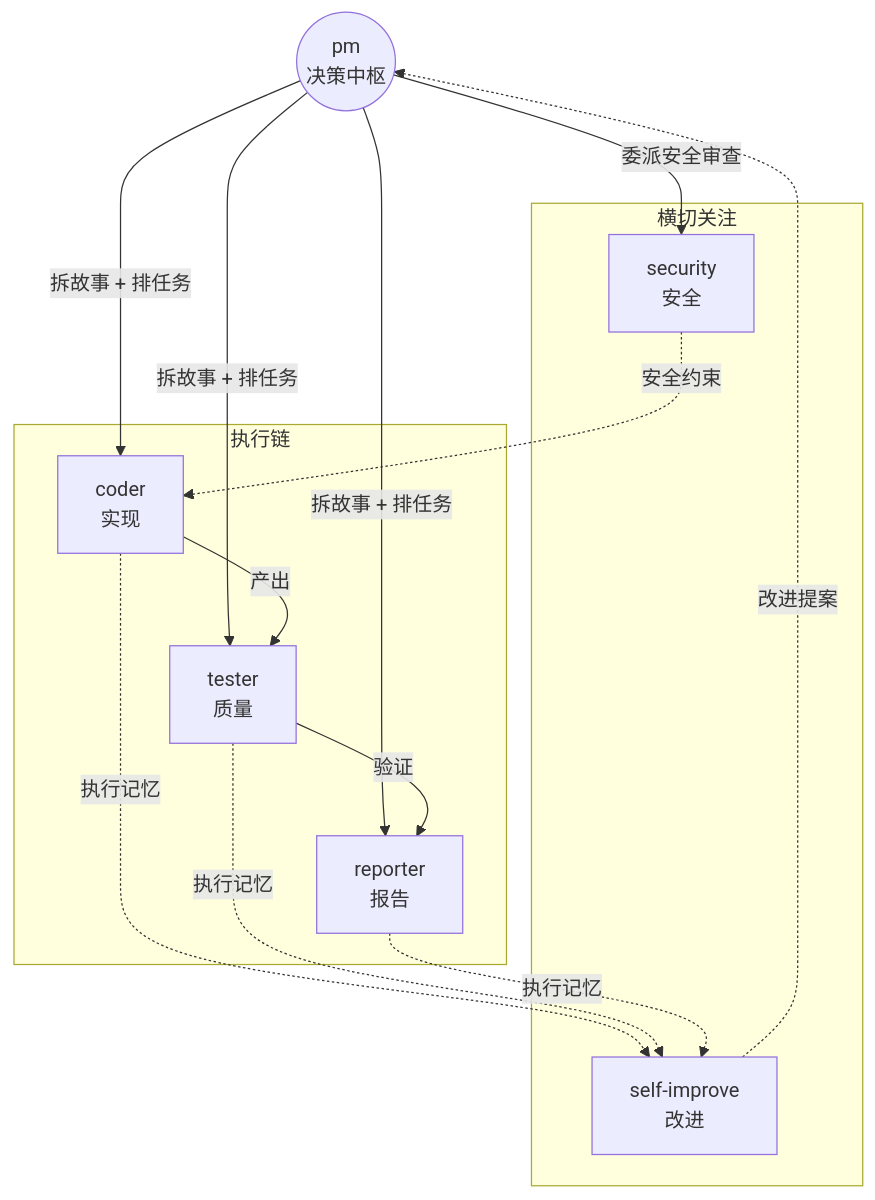
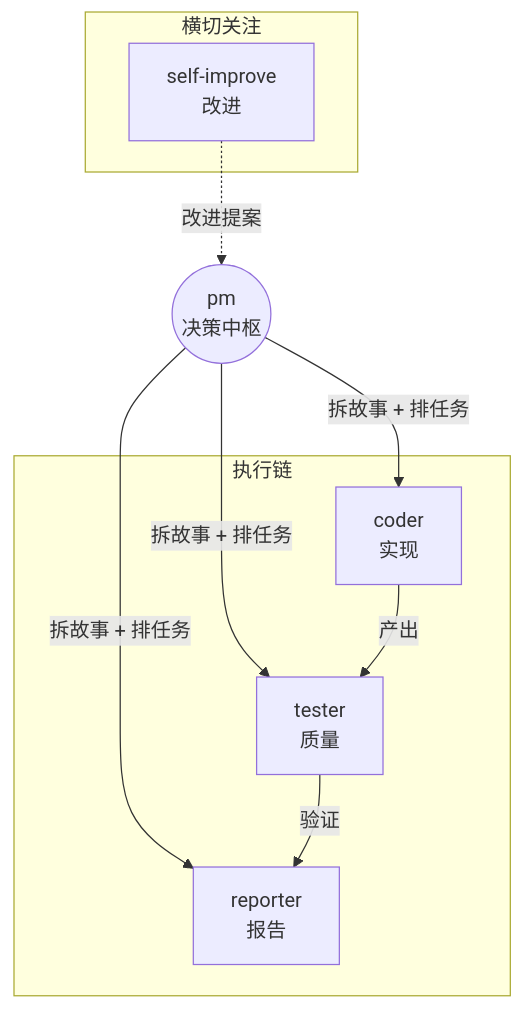
The first of 7 diagrams in agents/AGENT.md (effiy/YrY), drawn with Mermaid before and after one commit. The commit also changed other lines of this file and 91 other files, not shown here.

````diff
--- a/agents/AGENT.md
+++ b/agents/AGENT.md
@@ -11,24 +11,20 @@
 ```mermaid
 flowchart TB
     pm(("pm<br/>决策中枢")):::core
 
     subgraph 执行链["执行链"]
         coder[coder<br/>实现]:::exec
         tester[tester<br/>质量]:::exec
         reporter[reporter<br/>报告]:::exec
     end
 
     subgraph 横切["横切关注"]
-        security[security<br/>安全]:::cross
         si[self-improve<br/>改进]:::cross
     end
 
-    pm -->|委派安全审查| security
     pm -->|拆故事 + 排任务| coder & tester & reporter
     coder -->|产出| tester
     tester -->|验证| reporter
-    security -.安全约束.-> coder
     si -.改进提案.-> pm
-    coder & tester & reporter -.执行记忆.-> si
 
 ```
````
